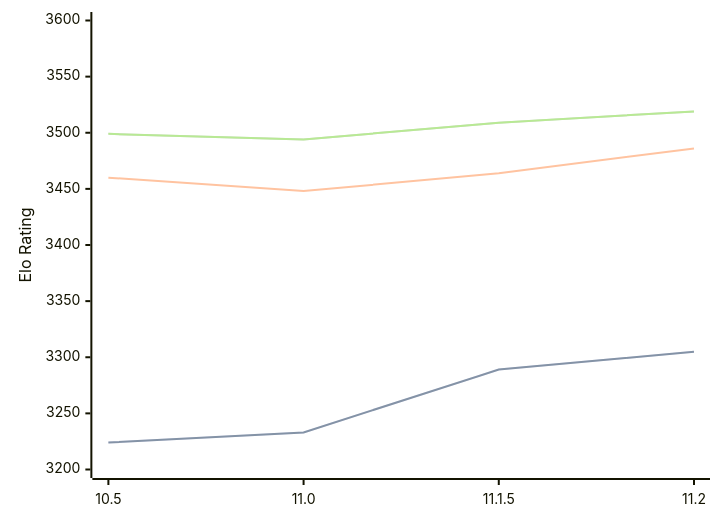
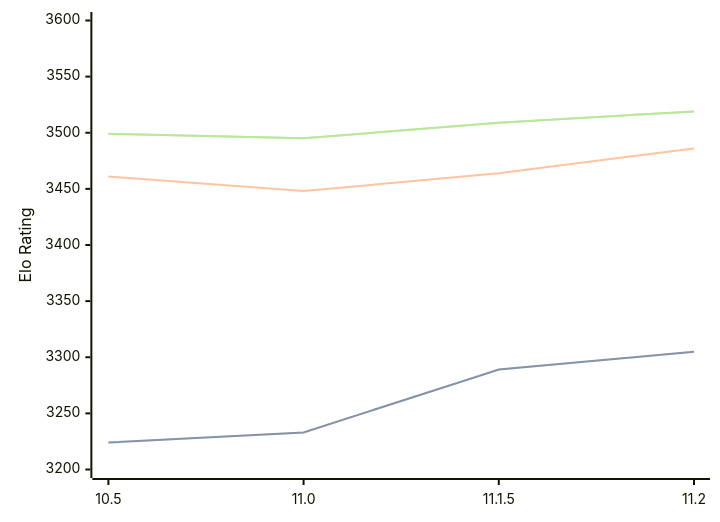
One commit to computer-chess-index/cci changed the diagram in engines/Lizard.md. Above: the diagram before and after it, drawn with Mermaid. The commit also changed other lines of this file, not shown here.

Commit message:
Update CCI Ratings (ELO VLTC) - 2026-09-06

````diff
--- a/engines/Lizard.md
+++ b/engines/Lizard.md
@@ -34,11 +34,11 @@
 ```mermaid
 %%{init: {"theme":"base","themeVariables":{"seriesColors:['#a3a3a3','#222221','#faa371']}}}%%
 xychart-beta
   x-axis ["10.5", "11.0", "11.1.5", "11.2"]
   y-axis "Elo Rating" 3200 --> 3600
   line "" [3224, 3233, 3289, 3305]
   line "STC (8.0+0.08s)" [3224, 3233, 3289, 3305]
-  line "LTC (60.0+0.60s)" [3460, 3448, 3464, 3486]
-  line "" [3499, 3494, 3509, 3519]
-  line "VLTC (2m24s+1.12s)" [3499, 3494, 3509, 3519]
+  line "LTC (60.0+0.60s)" [3461, 3448, 3464, 3486]
+  line "" [3499, 3495, 3509, 3519]
+  line "VLTC (2m24s+1.12s)" [3499, 3495, 3509, 3519]
 ```
````
